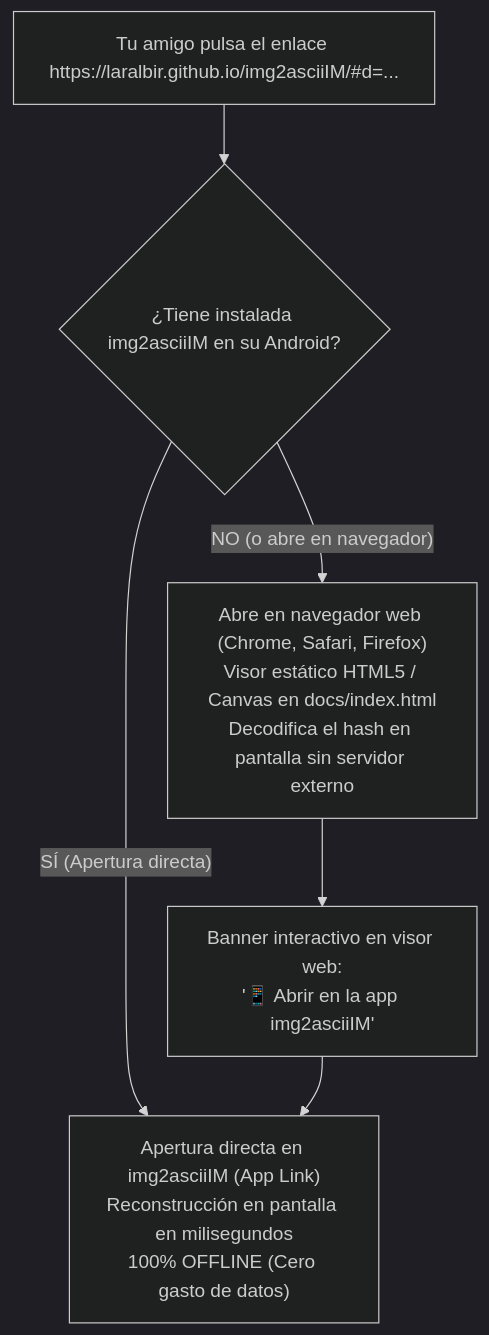
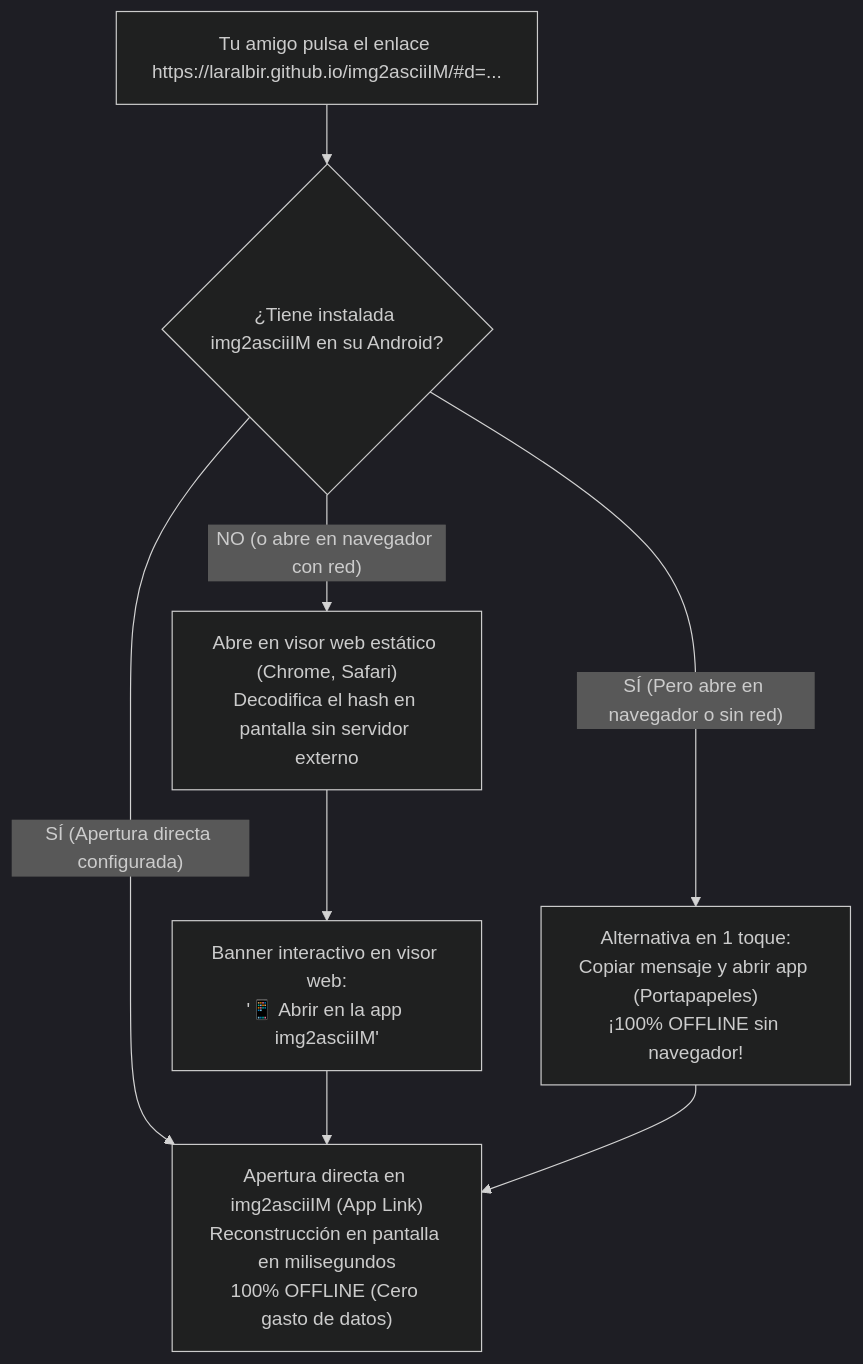
One commit to laralbir/img2asciiIM changed the fifth of 5 diagrams in docs/USER_GUIDE.md. Above: the diagram before and after it, drawn with Mermaid (dark theme). The commit also changed other lines of this file and 16 other files, not shown here.

````diff
--- a/docs/USER_GUIDE.md
+++ b/docs/USER_GUIDE.md
@@ -307,9 +381,11 @@
 ```mermaid
 flowchart TD
     Enlace["Tu amigo pulsa el enlace https://laralbir.github.io/img2asciiIM/#d=..."]
     Enlace --> Dispositivo{"¿Tiene instalada img2asciiIM en su Android?"}
-    Dispositivo -- "SÍ (Apertura directa)" --> Nativo["Apertura directa en img2asciiIM (App Link)\nReconstrucción en pantalla en milisegundos\n100% OFFLINE (Cero gasto de datos)"]
-    Dispositivo -- "NO (o abre en navegador)" --> Web["Abre en navegador web (Chrome, Safari, Firefox)\nVisor estático HTML5 / Canvas en docs/index.html\nDecodifica el hash en pantalla sin servidor externo"]
+    Dispositivo -- "SÍ (Apertura directa configurada)" --> Nativo["Apertura directa en img2asciiIM (App Link)\nReconstrucción en pantalla en milisegundos\n100% OFFLINE (Cero gasto de datos)"]
+    Dispositivo -- "SÍ (Pero abre en navegador o sin red)" --> OfflineChoice["Alternativa en 1 toque:\nCopiar mensaje y abrir app (Portapapeles)\n¡100% OFFLINE sin navegador!"]
+    Dispositivo -- "NO (o abre en navegador con red)" --> Web["Abre en visor web estático (Chrome, Safari)\nDecodifica el hash en pantalla sin servidor externo"]
     Web --> Banner["Banner interactivo en visor web:\n'📱 Abrir en la app img2asciiIM'"]
     Banner --> Nativo
+    OfflineChoice --> Nativo
 ```
````
